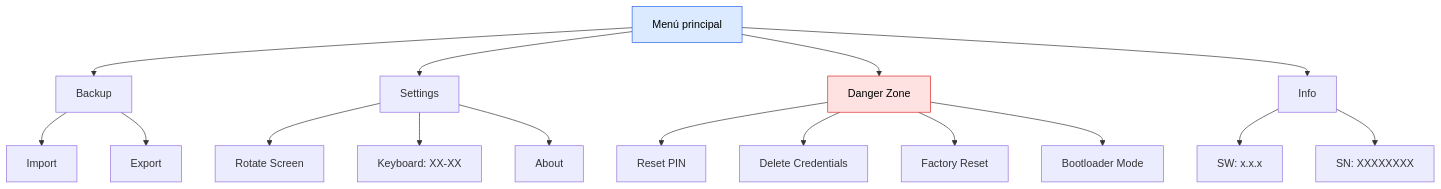
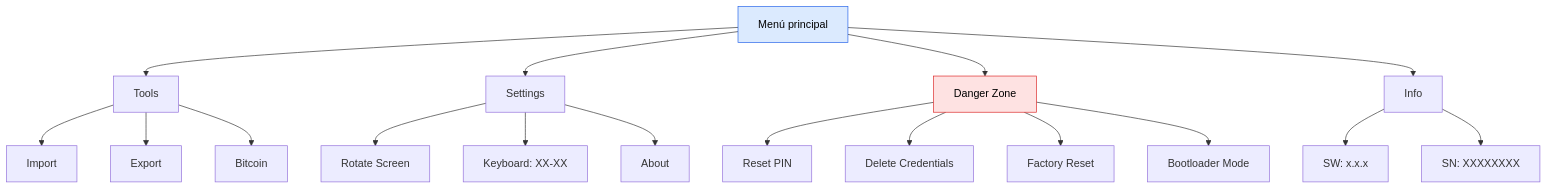
The first of 3 diagrams in es/firmware/menu.mdx (Depbit-lab/docsZerokeyUSB), drawn with Mermaid before and after one commit. The commit also changed other lines of this file and 25 other files, not shown here.

First line of the commit message:
docs: fix credential count 62->61 and rename Backup menu to Tools

````diff
--- a/es/firmware/menu.mdx
+++ b/es/firmware/menu.mdx
@@ -15,26 +15,27 @@
 ```mermaid
 graph TD
     ROOT["Menú principal"]
-    ROOT --> BACKUP["Backup"]
+    ROOT --> TOOLS["Tools"]
     ROOT --> SETTINGS["Settings"]
     ROOT --> DANGER["Danger Zone"]
     ROOT --> INFO["Info"]
     
-    BACKUP --> IMP["Import"]
-    BACKUP --> EXP["Export"]
+    TOOLS --> IMP["Import"]
+    TOOLS --> EXP["Export"]
+    TOOLS --> BTC["Bitcoin"]
     
     SETTINGS --> ROT["Rotate Screen"]
     SETTINGS --> KB["Keyboard: XX-XX"]
     SETTINGS --> ABOUT["About"]
     
     DANGER --> RPIN["Reset PIN"]
     DANGER --> DEL["Delete Credentials"]
     DANGER --> FACTORY["Factory Reset"]
     DANGER --> BOOT["Bootloader Mode"]
     
     INFO --> SW["SW: x.x.x"]
     INFO --> SN["SN: XXXXXXXX"]
     
     style ROOT fill:#dbeafe,stroke:#2563eb,color:#000
     style DANGER fill:#fee2e2,stroke:#dc2626,color:#000
 ```
````
